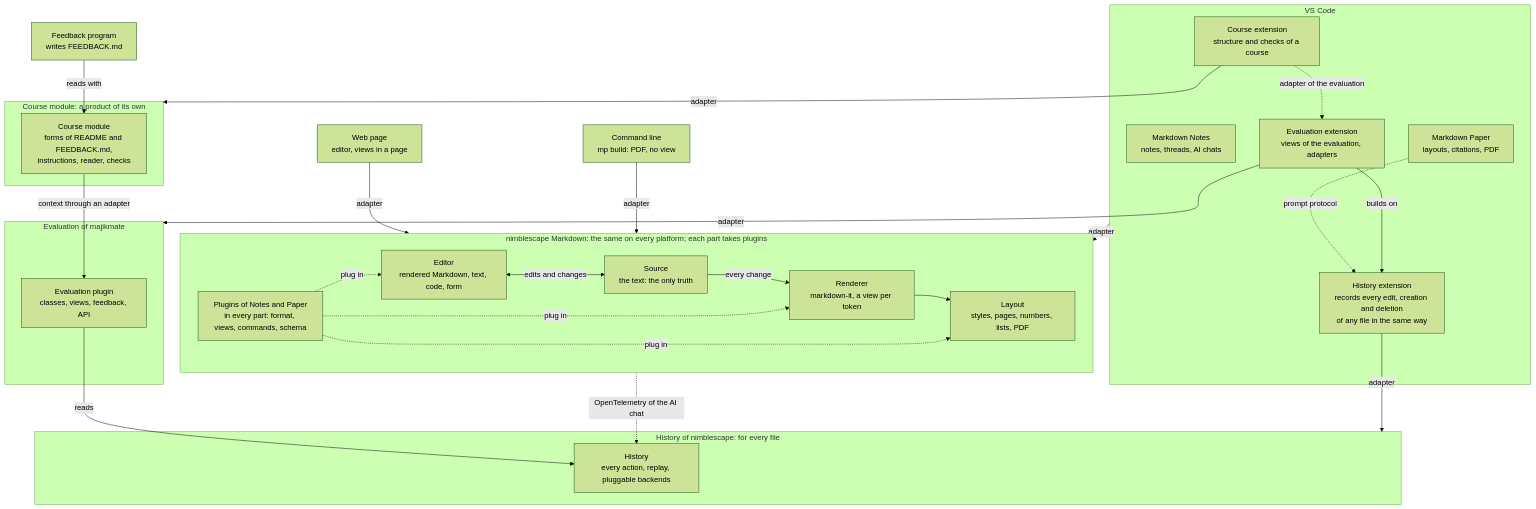
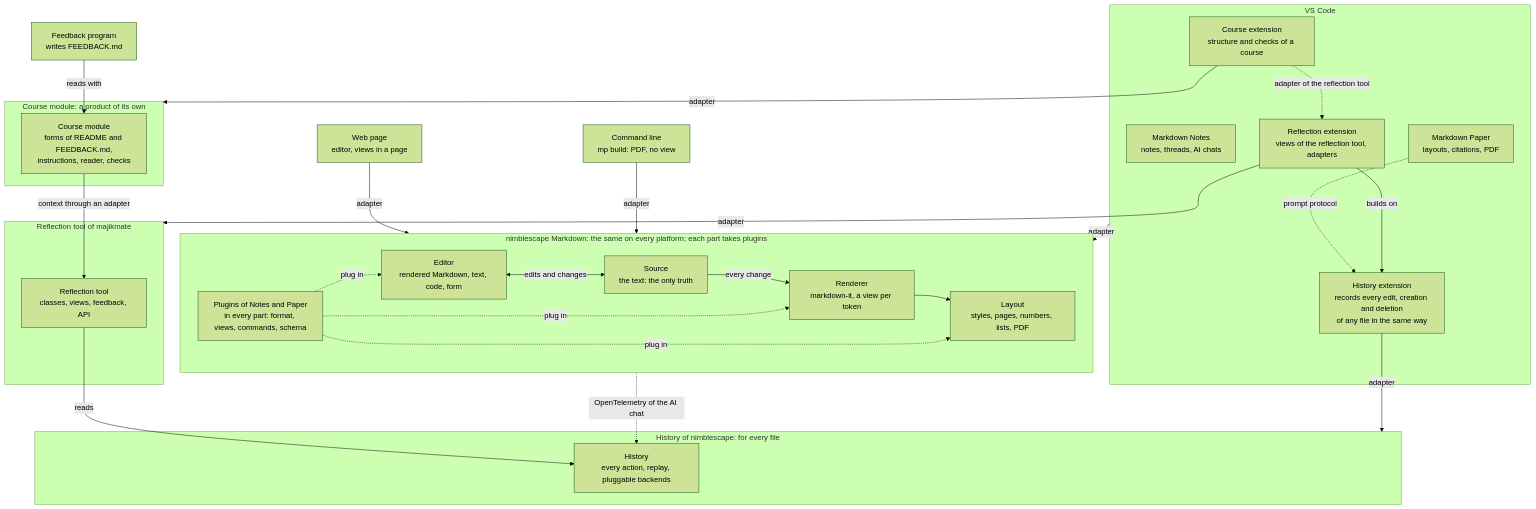
One commit to nimblescape/markdown changed the diagram in docs/specification.md. Above: the diagram before and after it, drawn with Mermaid (forest theme). The commit also changed other lines of this file and 5 other files, not shown here.

First line of the commit message:
Rename the evaluation to the reflection tool (workreflection)

````diff
--- a/docs/specification.md
+++ b/docs/specification.md
@@ -83,48 +83,48 @@
 ```mermaid
 flowchart TB
   subgraph vscode["VS Code"]
     notes["Markdown Notes<br/>notes, threads, AI chats"]
     paper["Markdown Paper<br/>layouts, citations, PDF"]
     historyExtension["History extension<br/>records every edit, creation and deletion<br/>of any file in the same way"]
-    evaluationExtension["Evaluation extension<br/>views of the evaluation, adapters"]
+    reflectionExtension["Reflection extension<br/>views of the reflection tool, adapters"]
     courseExtension["Course extension<br/>structure and checks of a course"]
     paper -. prompt protocol .-> historyExtension
-    evaluationExtension -- builds on --> historyExtension
-    courseExtension -. adapter of the evaluation .-> evaluationExtension
+    reflectionExtension -- builds on --> historyExtension
+    courseExtension -. adapter of the reflection tool .-> reflectionExtension
   end
   web["Web page<br/>editor, views in a page"]
   cli["Command line<br/>mp build: PDF, no view"]
   subgraph libraries["nimblescape Markdown: the same on every platform; each part takes plugins"]
     source["Source<br/>the text: the only truth"]
     editor["Editor<br/>rendered Markdown, text, code, form"]
     renderer["Renderer<br/>markdown-it, a view per token"]
     layout["Layout<br/>styles, pages, numbers, lists, PDF"]
     plugins["Plugins of Notes and Paper<br/>in every part: format, views, commands, schema"]
     editor <-->|edits and changes| source
     source -- every change --> renderer
     renderer --> layout
     plugins -. plug in .-> editor
     plugins -. plug in .-> renderer
     plugins -. plug in .-> layout
   end
   subgraph historyProduct["History of nimblescape: for every file"]
     history["History<br/>every action, replay, pluggable backends"]
   end
-  subgraph evaluationProduct["Evaluation of majikmate"]
-    evaluation["Evaluation plugin<br/>classes, views, feedback, API"]
+  subgraph reflectionProduct["Reflection tool of majikmate"]
+    reflection["Reflection tool<br/>classes, views, feedback, API"]
   end
-  evaluation -- reads --> history
+  reflection -- reads --> history
   subgraph courseProduct["Course module: a product of its own"]
     course["Course module<br/>forms of README and FEEDBACK.md,<br/>instructions, reader, checks"]
   end
   feedback["Feedback program<br/>writes FEEDBACK.md"]
-  course -- context through an adapter --> evaluation
+  course -- context through an adapter --> reflection
   feedback -- reads with --> course
   courseExtension -- adapter --> courseProduct
   libraries -. OpenTelemetry of the AI chat .-> history
   historyExtension -- adapter --> historyProduct
-  evaluationExtension -- adapter --> evaluationProduct
+  reflectionExtension -- adapter --> reflectionProduct
   vscode -- adapter --> libraries
   web -- adapter --> libraries
   cli -- adapter --> libraries
 ```
````
